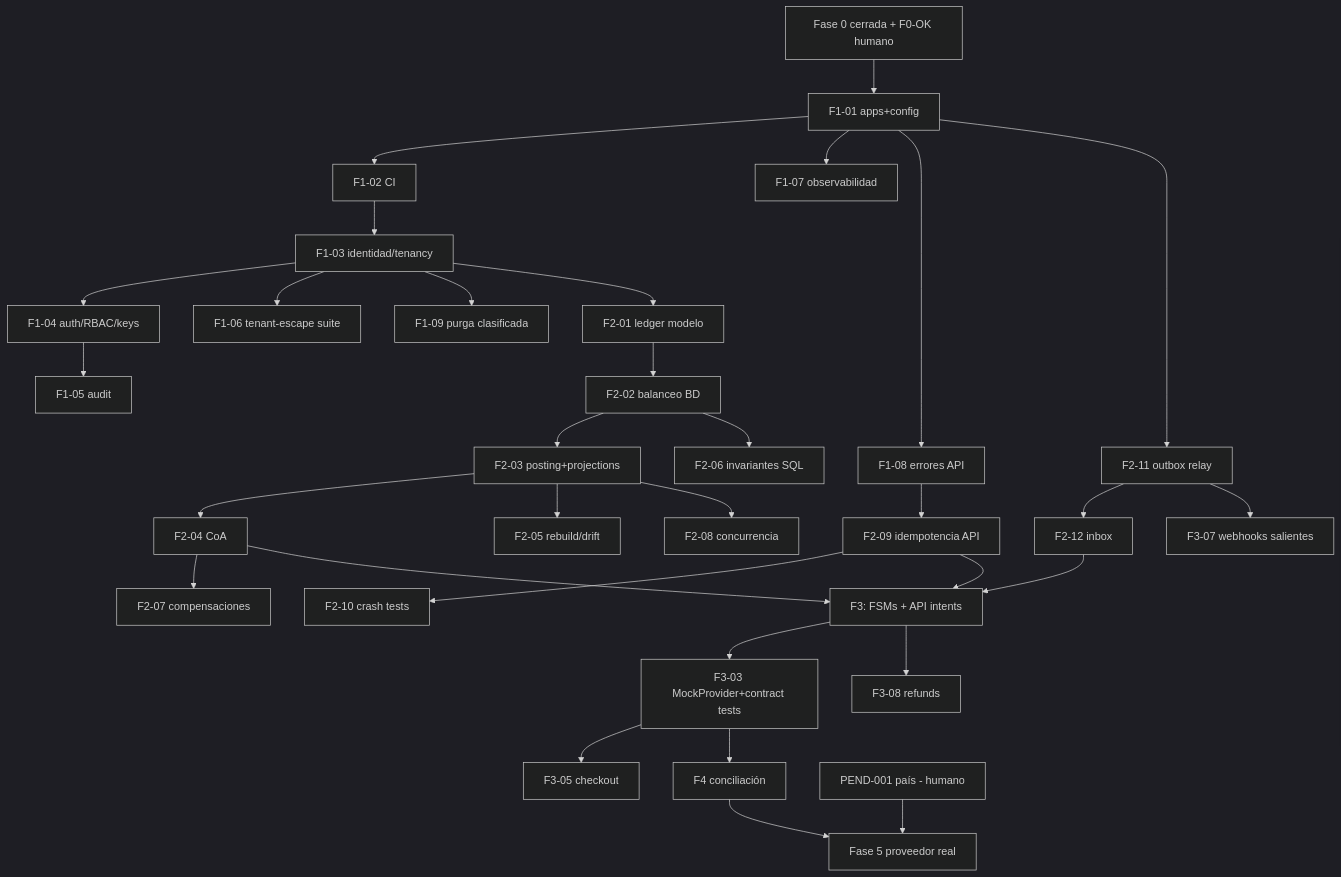
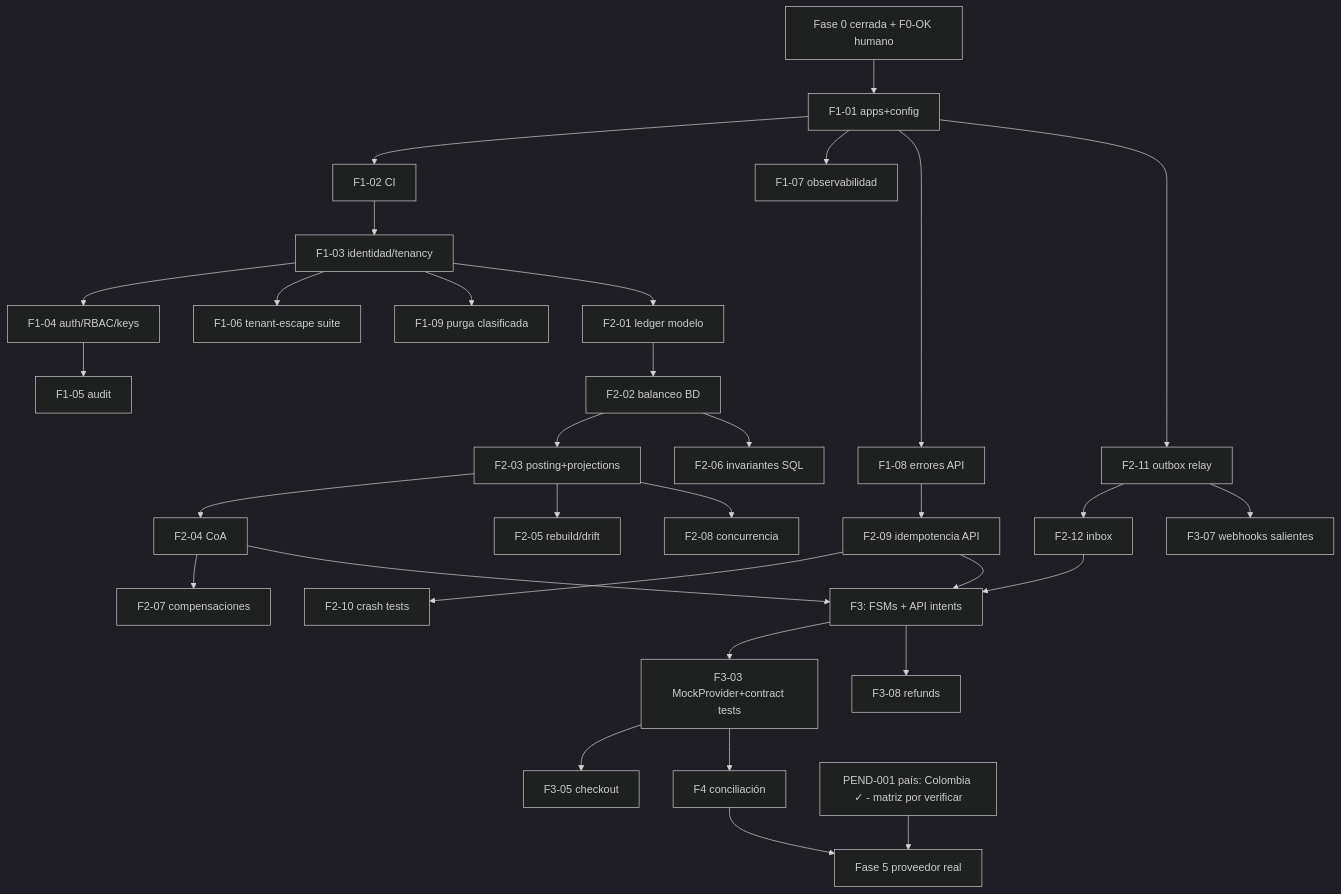
The diagram in docs/agents/BACKLOG.md (celestinojbm/Fluvia), drawn with Mermaid (dark theme) before and after one commit. The commit also changed other lines of this file and 34 other files, not shown here.

````diff
--- a/docs/agents/BACKLOG.md
+++ b/docs/agents/BACKLOG.md
@@ -53,25 +53,25 @@
 ```mermaid
 graph TD
     F0[Fase 0 cerrada + F0-OK humano] --> F101[F1-01 apps+config]
     F101 --> F102[F1-02 CI] --> F103[F1-03 identidad/tenancy]
     F103 --> F104[F1-04 auth/RBAC/keys] --> F105[F1-05 audit]
     F103 --> F106[F1-06 tenant-escape suite]
     F101 --> F107[F1-07 observabilidad]
     F101 --> F108[F1-08 errores API]
     F103 --> F109[F1-09 purga clasificada]
     F103 --> F201[F2-01 ledger modelo] --> F202[F2-02 balanceo BD] --> F203[F2-03 posting+projections]
     F203 --> F204[F2-04 CoA] --> F207[F2-07 compensaciones]
     F203 --> F205[F2-05 rebuild/drift]
     F202 --> F206[F2-06 invariantes SQL]
     F203 --> F208[F2-08 concurrencia]
     F108 --> F209[F2-09 idempotencia API] --> F210[F2-10 crash tests]
     F101 --> F211[F2-11 outbox relay] --> F212[F2-12 inbox]
     F209 --> F301[F3: FSMs + API intents]
     F204 --> F301
     F212 --> F301
     F301 --> F303[F3-03 MockProvider+contract tests] --> F305[F3-05 checkout]
     F211 --> F307[F3-07 webhooks salientes]
     F301 --> F308[F3-08 refunds]
     F303 --> F401[F4 conciliación] --> F5[Fase 5 proveedor real]
-    PEND001[PEND-001 país - humano] --> F5
+    PEND001[PEND-001 país: Colombia ✓ - matriz por verificar] --> F5
 ```
````
